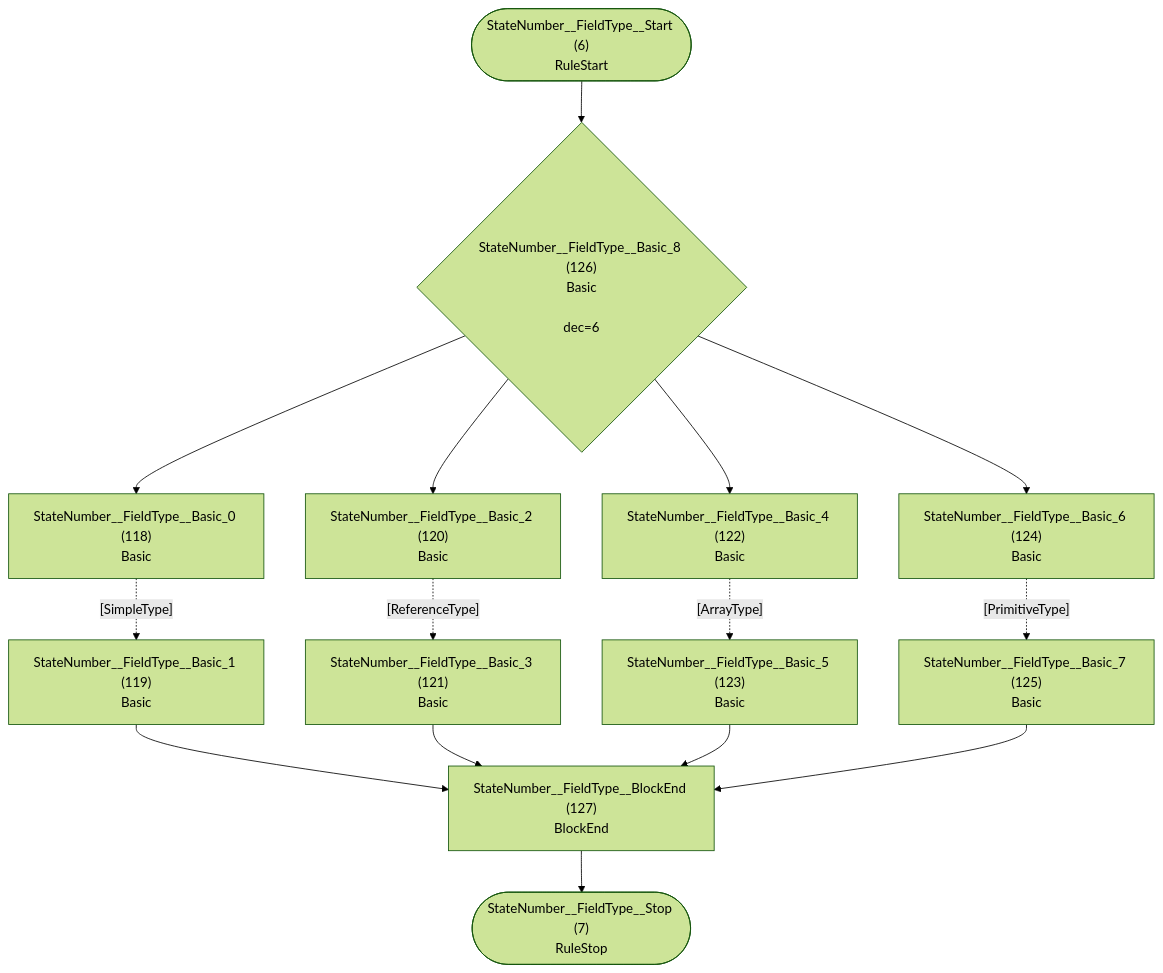
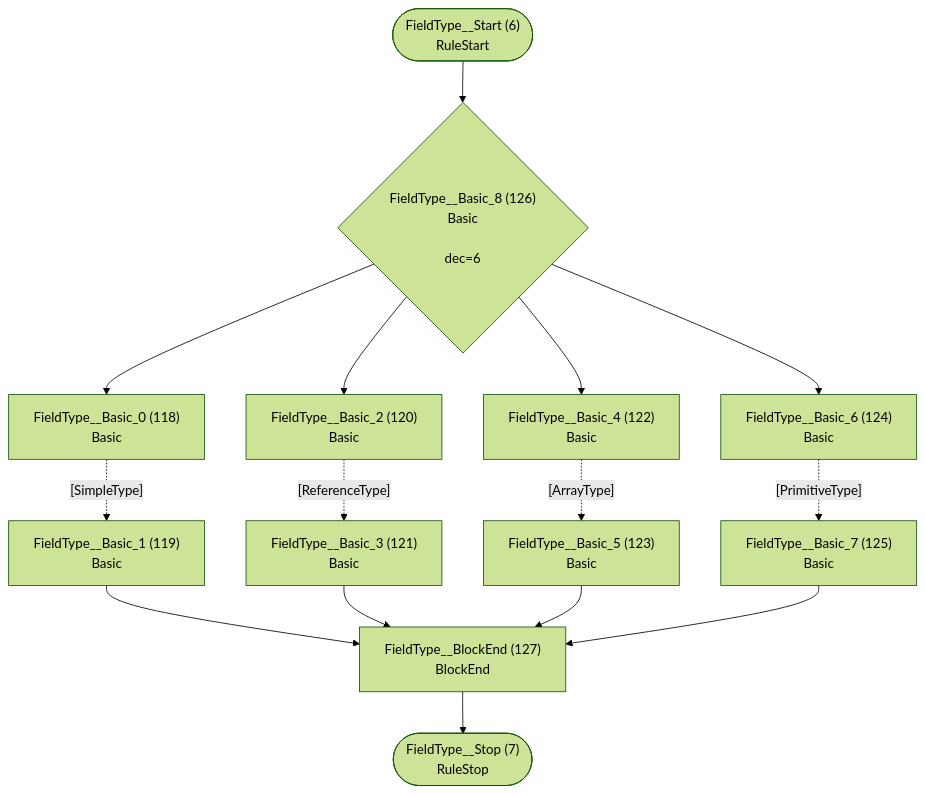
Before and after one commit to TypeFox/fastbelt: the fourth of 37 diagrams in internal/grammar/atn.md, drawn with Mermaid (forest theme). The commit also changed other lines of this file and 26 other files, not shown here.

````diff
--- a/internal/grammar/atn.md
+++ b/internal/grammar/atn.md
@@ -133,30 +133,30 @@
 ```mermaid
 flowchart TD
-    q6(["StateNumber__FieldType__Start (6)<br/>RuleStart"])
-    q7(["StateNumber__FieldType__Stop (7)<br/>RuleStop"])
-    q118["StateNumber__FieldType__Basic_0 (118)<br/>Basic<br/>"]
-    q119["StateNumber__FieldType__Basic_1 (119)<br/>Basic<br/>"]
-    q120["StateNumber__FieldType__Basic_2 (120)<br/>Basic<br/>"]
-    q121["StateNumber__FieldType__Basic_3 (121)<br/>Basic<br/>"]
-    q122["StateNumber__FieldType__Basic_4 (122)<br/>Basic<br/>"]
-    q123["StateNumber__FieldType__Basic_5 (123)<br/>Basic<br/>"]
-    q124["StateNumber__FieldType__Basic_6 (124)<br/>Basic<br/>"]
-    q125["StateNumber__FieldType__Basic_7 (125)<br/>Basic<br/>"]
-    q126{"StateNumber__FieldType__Basic_8 (126)<br/>Basic<br/><br/>dec=6"}
-    q127["StateNumber__FieldType__BlockEnd (127)<br/>BlockEnd<br/>"]
+    q6(["FieldType__Start (6)<br/>RuleStart"])
+    q7(["FieldType__Stop (7)<br/>RuleStop"])
+    q118["FieldType__Basic_0 (118)<br/>Basic<br/>"]
+    q119["FieldType__Basic_1 (119)<br/>Basic<br/>"]
+    q120["FieldType__Basic_2 (120)<br/>Basic<br/>"]
+    q121["FieldType__Basic_3 (121)<br/>Basic<br/>"]
+    q122["FieldType__Basic_4 (122)<br/>Basic<br/>"]
+    q123["FieldType__Basic_5 (123)<br/>Basic<br/>"]
+    q124["FieldType__Basic_6 (124)<br/>Basic<br/>"]
+    q125["FieldType__Basic_7 (125)<br/>Basic<br/>"]
+    q126{"FieldType__Basic_8 (126)<br/>Basic<br/><br/>dec=6"}
+    q127["FieldType__BlockEnd (127)<br/>BlockEnd<br/>"]
 
     q6 --> q126
     q118 -.->|"[SimpleType]"| q119
     q119 --> q127
     q120 -.->|"[ReferenceType]"| q121
     q121 --> q127
     q122 -.->|"[ArrayType]"| q123
     q123 --> q127
     q124 -.->|"[PrimitiveType]"| q125
     q125 --> q127
     q126 --> q118
     q126 --> q120
     q126 --> q122
     q126 --> q124
     q127 --> q7
 ```
````
